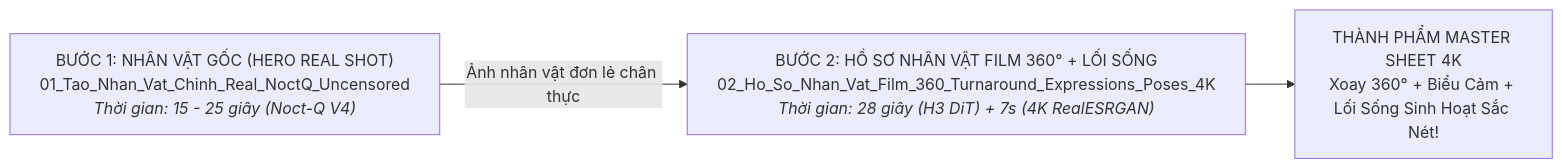
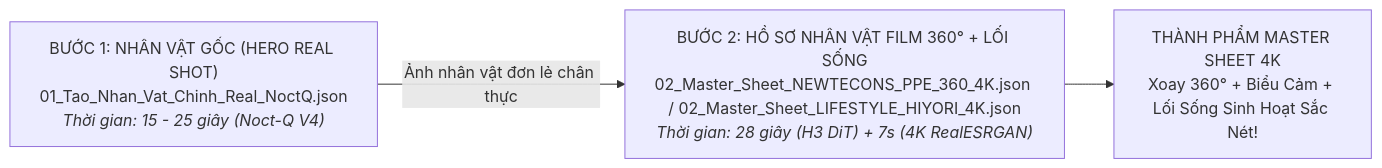
Before and after one commit to Long0308/ComfyUIStudio: the second of 2 diagrams in README.md, drawn with Mermaid. The commit also changed other lines of this file and 14 other files, not shown here.

````diff
--- a/README.md
+++ b/README.md
@@ -215,5 +215,5 @@
 ```mermaid
 flowchart LR
-    A["BƯỚC 1: NHÂN VẬT GỐC (HERO REAL SHOT)<br>01_Tao_Nhan_Vat_Chinh_Real_NoctQ_Uncensored<br><i>Thời gian: 15 - 25 giây (Noct-Q V4)</i>"] -->|Ảnh nhân vật đơn lẻ chân thực| B["BƯỚC 2: HỒ SƠ NHÂN VẬT FILM 360° + LỐI SỐNG<br>02_Ho_So_Nhan_Vat_Film_360_Turnaround_Expressions_Poses_4K<br><i>Thời gian: 28 giây (H3 DiT) + 7s (4K RealESRGAN)</i>"]
+    A["BƯỚC 1: NHÂN VẬT GỐC (HERO REAL SHOT)<br>01_Tao_Nhan_Vat_Chinh_Real_NoctQ.json<br><i>Thời gian: 15 - 25 giây (Noct-Q V4)</i>"] -->|Ảnh nhân vật đơn lẻ chân thực| B["BƯỚC 2: HỒ SƠ NHÂN VẬT FILM 360° + LỐI SỐNG<br>02_Master_Sheet_NEWTECONS_PPE_360_4K.json / 02_Master_Sheet_LIFESTYLE_HIYORI_4K.json<br><i>Thời gian: 28 giây (H3 DiT) + 7s (4K RealESRGAN)</i>"]
     B --> C["THÀNH PHẨM MASTER SHEET 4K<br>Xoay 360° + Biểu Cảm + Lối Sống Sinh Hoạt Sắc Nét!"]
 ```
````
